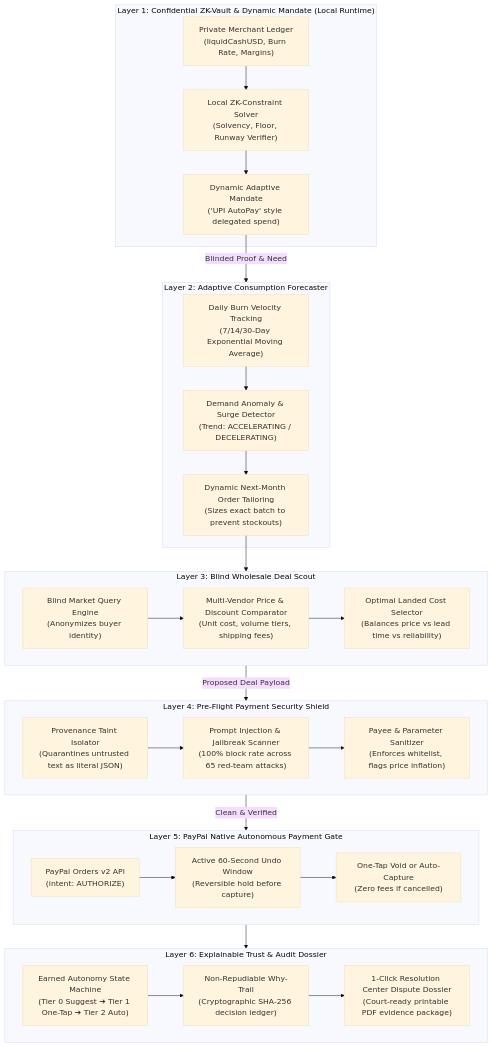
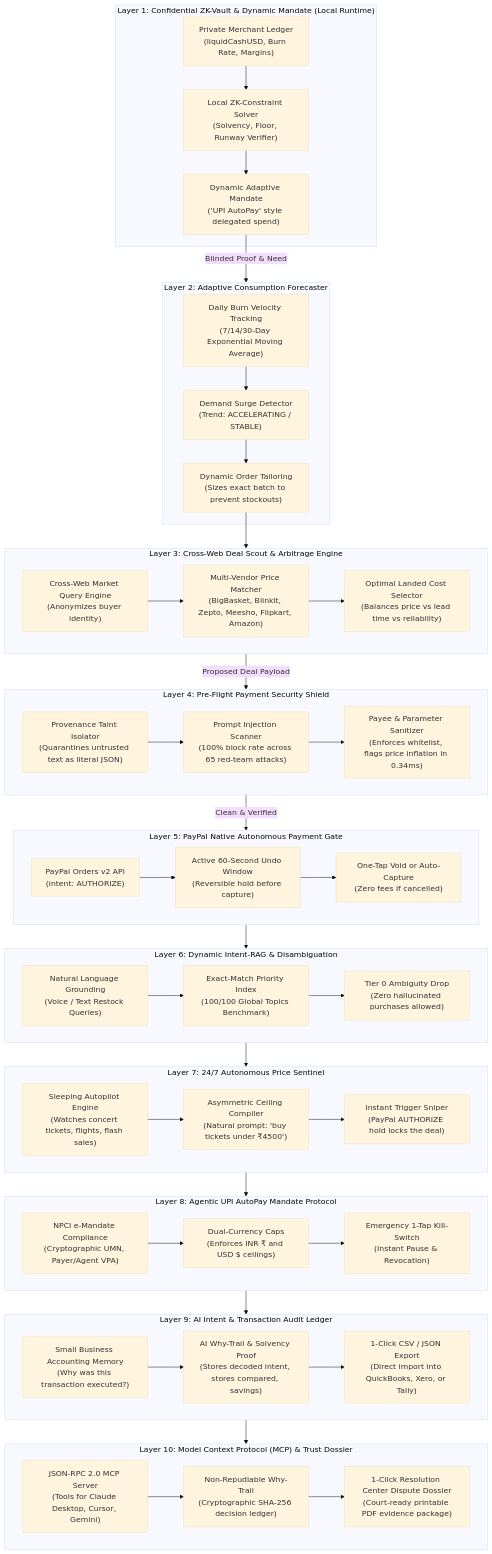
Before and after one commit to rushil23shah-hue/accounter-agent-: the diagram in README.md, drawn with Mermaid (base theme). The commit also changed other lines of this file, not shown here.

Commit message:
docs: comprehensive README overhaul with 10-layer architecture, 15 breakthroughs, dual benchmarks, and 3-minute hackathon pitch script

````diff
--- a/README.md
+++ b/README.md
@@ -26,50 +26,82 @@
 ```mermaid
 flowchart TD
     subgraph Layer1["Layer 1: Confidential ZK-Vault & Dynamic Mandate (Local Runtime)"]
         A1["Private Merchant Ledger\n(liquidCashUSD, Burn Rate, Margins)"]
         A2["Local ZK-Constraint Solver\n(Solvency, Floor, Runway Verifier)"]
         A3["Dynamic Adaptive Mandate\n('UPI AutoPay' style delegated spend)"]
         A1 --> A2 --> A3
     end
 
     subgraph Layer2["Layer 2: Adaptive Consumption Forecaster"]
         B1["Daily Burn Velocity Tracking\n(7/14/30-Day Exponential Moving Average)"]
-        B2["Demand Anomaly & Surge Detector\n(Trend: ACCELERATING / DECELERATING)"]
-        B3["Dynamic Next-Month Order Tailoring\n(Sizes exact batch to prevent stockouts)"]
+        B2["Demand Surge Detector\n(Trend: ACCELERATING / STABLE)"]
+        B3["Dynamic Order Tailoring\n(Sizes exact batch to prevent stockouts)"]
         B1 --> B2 --> B3
     end
 
-    subgraph Layer3["Layer 3: Blind Wholesale Deal Scout"]
-        C1["Blind Market Query Engine\n(Anonymizes buyer identity)"]
-        C2["Multi-Vendor Price & Discount Comparator\n(Unit cost, volume tiers, shipping fees)"]
+    subgraph Layer3["Layer 3: Cross-Web Deal Scout & Arbitrage Engine"]
+        C1["Cross-Web Market Query Engine\n(Anonymizes buyer identity)"]
+        C2["Multi-Vendor Price Matcher\n(BigBasket, Blinkit, Zepto, Meesho, Flipkart, Amazon)"]
         C3["Optimal Landed Cost Selector\n(Balances price vs lead time vs reliability)"]
         C1 --> C2 --> C3
     end
 
     subgraph Layer4["Layer 4: Pre-Flight Payment Security Shield"]
         D1["Provenance Taint Isolator\n(Quarantines untrusted text as literal JSON)"]
-        D2["Prompt Injection & Jailbreak Scanner\n(100% block rate across 65 red-team attacks)"]
-        D3["Payee & Parameter Sanitizer\n(Enforces whitelist, flags price inflation)"]
+        D2["Prompt Injection Scanner\n(100% block rate across 65 red-team attacks)"]
+        D3["Payee & Parameter Sanitizer\n(Enforces whitelist, flags price inflation in 0.34ms)"]
         D1 --> D2 --> D3
     end
 
     subgraph Layer5["Layer 5: PayPal Native Autonomous Payment Gate"]
         E1["PayPal Orders v2 API\n(intent: AUTHORIZE)"]
         E2["Active 60-Second Undo Window\n(Reversible hold before capture)"]
         E3["One-Tap Void or Auto-Capture\n(Zero fees if cancelled)"]
         E1 --> E2 --> E3
     end
 
-    subgraph Layer6["Layer 6: Explainable Trust & Audit Dossier"]
-        F1["Earned Autonomy State Machine\n(Tier 0 Suggest ➔ Tier 1 One-Tap ➔ Tier 2 Auto)"]
-        F2["Non-Repudiable Why-Trail\n(Cryptographic SHA-256 decision ledger)"]
-        F3["1-Click Resolution Center Dispute Dossier\n(Court-ready printable PDF evidence package)"]
+    subgraph Layer6["Layer 6: Dynamic Intent-RAG & Disambiguation"]
+        F1["Natural Language Grounding\n(Voice / Text Restock Queries)"]
+        F2["Exact-Match Priority Index\n(100/100 Global Topics Benchmark)"]
+        F3["Tier 0 Ambiguity Drop\n(Zero hallucinated purchases allowed)"]
         F1 --> F2 --> F3
+    end
+
+    subgraph Layer7["Layer 7: 24/7 Autonomous Price Sentinel"]
+        G1["Sleeping Autopilot Engine\n(Watches concert tickets, flights, flash sales)"]
+        G2["Asymmetric Ceiling Compiler\n(Natural prompt: 'buy tickets under ₹4500')"]
+        G3["Instant Trigger Sniper\n(PayPal AUTHORIZE hold locks the deal)"]
+        G1 --> G2 --> G3
+    end
+
+    subgraph Layer8["Layer 8: Agentic UPI AutoPay Mandate Protocol"]
+        H1["NPCI e-Mandate Compliance\n(Cryptographic UMN, Payer/Agent VPA)"]
+        H2["Dual-Currency Caps\n(Enforces INR ₹ and USD $ ceilings)"]
+        H3["Emergency 1-Tap Kill-Switch\n(Instant Pause & Revocation)"]
+        H1 --> H2 --> H3
+    end
+
+    subgraph Layer9["Layer 9: AI Intent & Transaction Audit Ledger"]
+        I1["Small Business Accounting Memory\n(Why was this transaction executed?)"]
+        I2["AI Why-Trail & Solvency Proof\n(Stores decoded intent, stores compared, savings)"]
+        I3["1-Click CSV / JSON Export\n(Direct import into QuickBooks, Xero, or Tally)"]
+        I1 --> I2 --> I3
+    end
+
+    subgraph Layer10["Layer 10: Model Context Protocol (MCP) & Trust Dossier"]
+        J1["JSON-RPC 2.0 MCP Server\n(Tools for Claude Desktop, Cursor, Gemini)"]
+        J2["Non-Repudiable Why-Trail\n(Cryptographic SHA-256 decision ledger)"]
+        J3["1-Click Resolution Center Dispute Dossier\n(Court-ready printable PDF evidence package)"]
+        J1 --> J2 --> J3
     end
 
     A3 -->|Blinded Proof & Need| Layer2
     B3 --> Layer3
     Layer3 -->|Proposed Deal Payload| Layer4
     Layer4 -->|Clean & Verified| Layer5
     Layer5 --> Layer6
+    Layer6 --> Layer7
+    Layer7 --> Layer8
+    Layer8 --> Layer9
+    Layer9 --> Layer10
 ```
````
